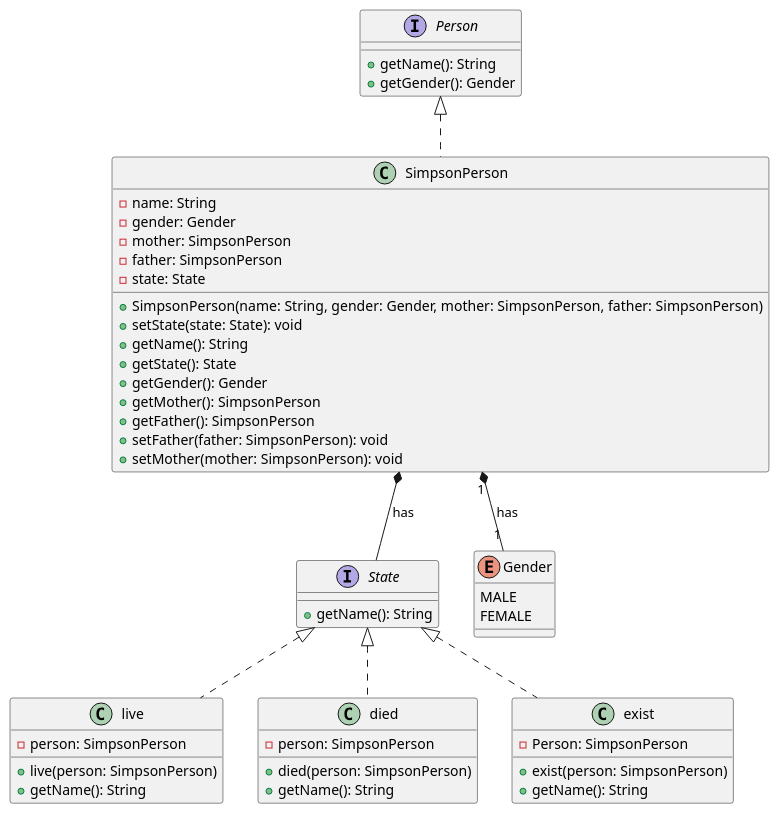
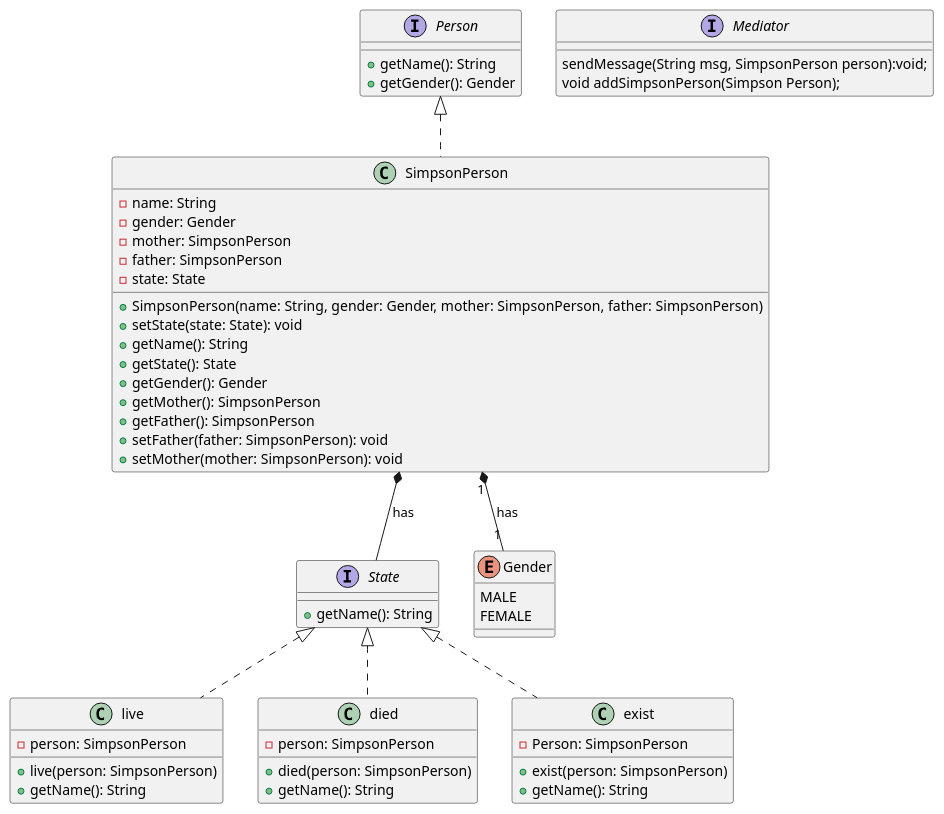
The diagram in KD.puml (LuluSchnee/simpsons), drawn with PlantUML before and after one commit. The commit also changed 8 other files, not shown here.

```diff
--- a/KD.puml
+++ b/KD.puml
@@ -1,56 +1,59 @@
 @startuml
 
 interface Person {
   +getName(): String
   +getGender(): Gender
 }
 
 interface State {
   +getName(): String
 }
 
 class SimpsonPerson implements Person {
   -name: String
   -gender: Gender
   -mother: SimpsonPerson
   -father: SimpsonPerson
   -state: State
   +SimpsonPerson(name: String, gender: Gender, mother: SimpsonPerson, father: SimpsonPerson)
   +setState(state: State): void
   +getName(): String
   +getState(): State
   +getGender(): Gender
   +getMother(): SimpsonPerson
   +getFather(): SimpsonPerson
   +setFather(father: SimpsonPerson): void
   +setMother(mother: SimpsonPerson): void
 }
 
 class live implements State {
   -person: SimpsonPerson
   +live(person: SimpsonPerson)
   +getName(): String
 }
 
 class died implements State {
   -person: SimpsonPerson
   +died(person: SimpsonPerson)
   +getName(): String
 }
 
 class exist implements State {
   -Person: SimpsonPerson
   +exist(person: SimpsonPerson)
   +getName(): String
 }
 
 enum Gender {
   MALE
   FEMALE
 }
-
+interface Mediator {
+sendMessage(String msg, SimpsonPerson person):void;
+	void addSimpsonPerson(Simpson Person);
+}
 SimpsonPerson  *--  State : has
 
 SimpsonPerson "1" *-- "1" Gender : has
 
 @enduml
```
